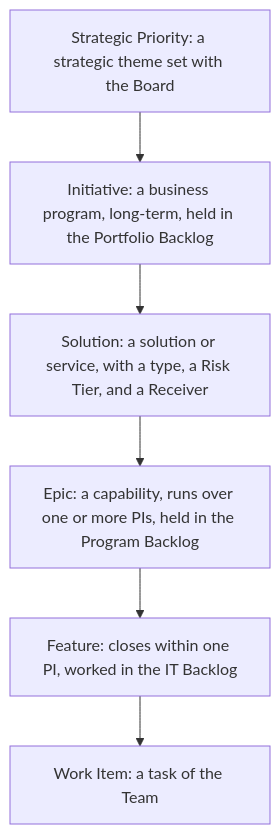
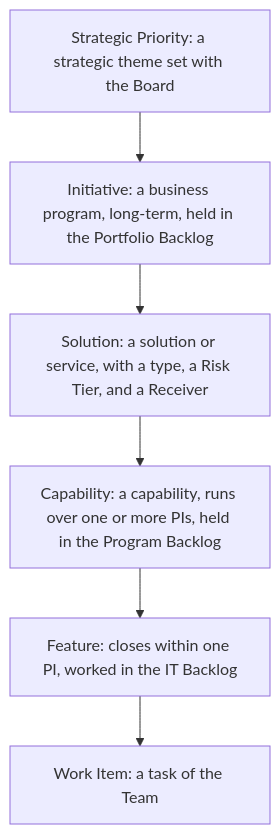
Before and after one commit to devhogu/ob-aicc: the first of 3 diagrams in charter/workflows/service-delivery.md, drawn with Mermaid. The commit also changed other lines of this file and 46 other files, not shown here.

````diff
--- a/charter/workflows/service-delivery.md
+++ b/charter/workflows/service-delivery.md
@@ -17,8 +17,8 @@
 ```mermaid
 flowchart TB
   T["Strategic Priority: a strategic theme set with the Board"] --> I["Initiative: a business program, long-term, held in the Portfolio Backlog"]
   I --> S["Solution: a solution or service, with a type, a Risk Tier, and a Receiver"]
-  S --> E["Epic: a capability, runs over one or more PIs, held in the Program Backlog"]
+  S --> E["Capability: a capability, runs over one or more PIs, held in the Program Backlog"]
   E --> F["Feature: closes within one PI, worked in the IT Backlog"]
   F --> W["Work Item: a task of the Team"]
 ```
````
